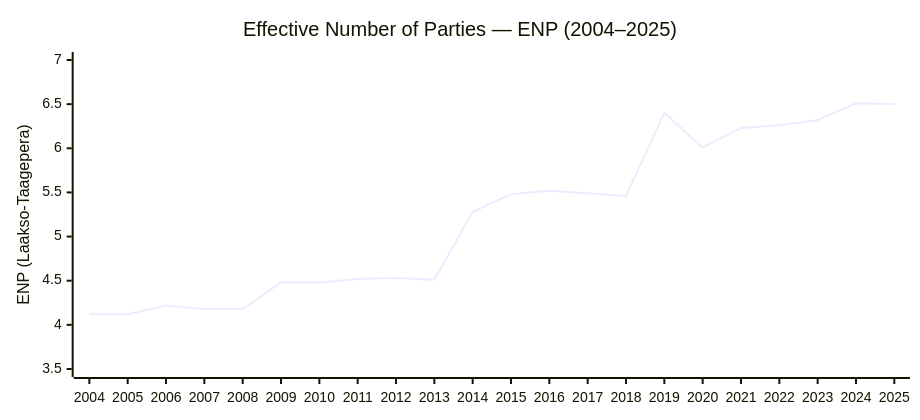
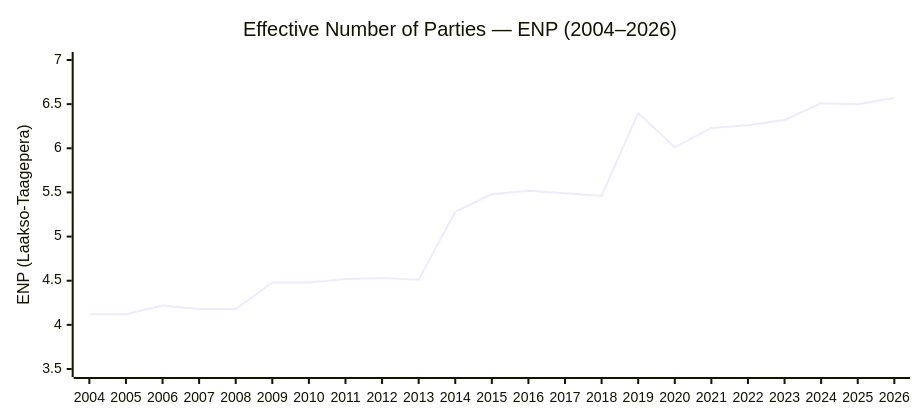
Before and after one commit to Hack23/European-Parliament-MCP-Server: the ninth of 21 diagrams in EP_POLITICAL_LANDSCAPE.md, drawn with Mermaid. The commit also changed other lines of this file and 4 other files, not shown here.

````diff
--- a/EP_POLITICAL_LANDSCAPE.md
+++ b/EP_POLITICAL_LANDSCAPE.md
@@ -196,13 +198,13 @@
 ```mermaid
 ---
 config:
   xyChart:
     width: 900
     height: 400
 ---
 xychart-beta
-    title "Effective Number of Parties — ENP (2004–2025)"
-    x-axis [2004, 2005, 2006, 2007, 2008, 2009, 2010, 2011, 2012, 2013, 2014, 2015, 2016, 2017, 2018, 2019, 2020, 2021, 2022, 2023, 2024, 2025]
+    title "Effective Number of Parties — ENP (2004–2026)"
+    x-axis [2004, 2005, 2006, 2007, 2008, 2009, 2010, 2011, 2012, 2013, 2014, 2015, 2016, 2017, 2018, 2019, 2020, 2021, 2022, 2023, 2024, 2025, 2026]
     y-axis "ENP (Laakso-Taagepera)" 3.5 --> 7
-    line [4.12, 4.12, 4.22, 4.18, 4.18, 4.48, 4.48, 4.52, 4.53, 4.51, 5.28, 5.48, 5.52, 5.49, 5.46, 6.40, 6.01, 6.23, 6.26, 6.32, 6.51, 6.50]
+    line [4.12, 4.12, 4.22, 4.18, 4.18, 4.48, 4.48, 4.52, 4.53, 4.51, 5.28, 5.48, 5.52, 5.49, 5.46, 6.40, 6.01, 6.23, 6.26, 6.32, 6.51, 6.50, 6.57]
 ```
````
